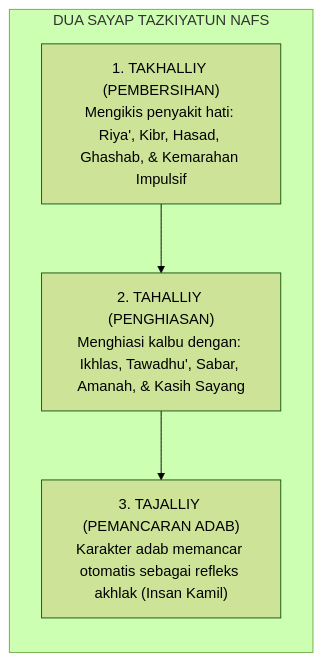
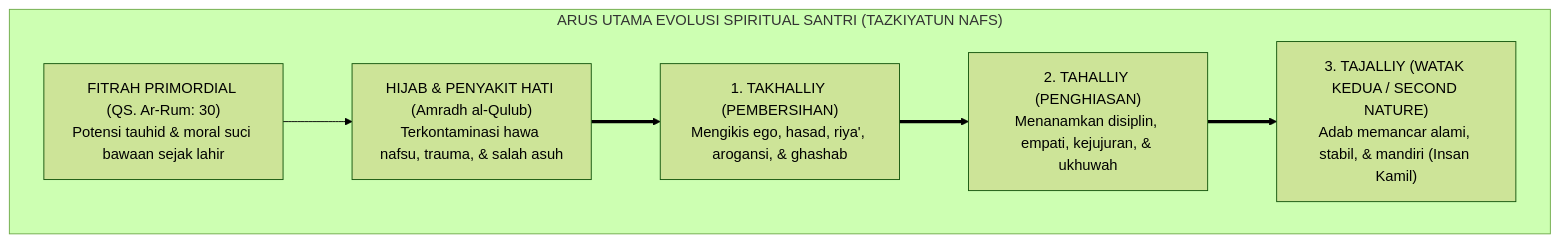
Before and after one commit to wandiapriliyandi/tumbuh: the first of 9 diagrams in 01 Philosophy/03 Human Development/P1-03-01-Tazkiyatun-Nafs-dan-Pertumbuhan-Jiwa.md, drawn with Mermaid (forest theme). The commit also changed other lines of this file and 31 other files, not shown here.

````diff
--- a/01 Philosophy/03 Human Development/P1-03-01-Tazkiyatun-Nafs-dan-Pertumbuhan-Jiwa.md
+++ b/01 Philosophy/03 Human Development/P1-03-01-Tazkiyatun-Nafs-dan-Pertumbuhan-Jiwa.md
@@ -32,10 +64,16 @@
 ```mermaid
-graph LR
-    subgraph TazkiyahDual["DUA SAYAP TAZKIYATUN NAFS"]
-        Takhalliy["1. TAKHALLIY (PEMBERSIHAN)<br/>Mengikis penyakit hati: Riya', Kibr, Hasad, Ghashab, & Kemarahan Impulsif"]
-        Tahalliy["2. TAHALLIY (PENGHIASAN)<br/>Menghiasi kalbu dengan: Ikhlas, Tawadhu', Sabar, Amanah, & Kasih Sayang"]
-        Tajalliy["3. TAJALLIY (PEMANCARAN ADAB)<br/>Karakter adab memancar otomatis sebagai refleks akhlak (Insan Kamil)"]
+flowchart TD
+    subgraph EvolusiSpiritualTUMBUH["ARUS UTAMA EVOLUSI SPIRITUAL SANTRI (TAZKIYATUN NAFS)"]
+        Fitrah["FITRAH PRIMORDIAL (QS. Ar-Rum: 30)<br/>Potensi tauhid & moral suci bawaan sejak lahir"]
         
-        Takhalliy --> Tahalliy --> Tajalliy
+        Hijab["HIJAB & PENYAKIT HATI (Amradh al-Qulub)<br/>Terkontaminasi hawa nafsu, trauma, & salah asuh"]
+        
+        Takhalliy["1. TAKHALLIY (PEMBERSIHAN)<br/>Mengikis ego, hasad, riya', arogansi, & ghashab"]
+        
+        Tahalliy["2. TAHALLIY (PENGHIASAN)<br/>Menanamkan disiplin, empati, kejujuran, & ukhuwah"]
+        
+        Tajalliy["3. TAJALLIY (WATAK KEDUA / SECOND NATURE)<br/>Adab memancar alami, stabil, & mandiri (Insan Kamil)"]
+        
+        Fitrah --> Hijab ==> Takhalliy ==> Tahalliy ==> Tajalliy
     end
 ```
````
